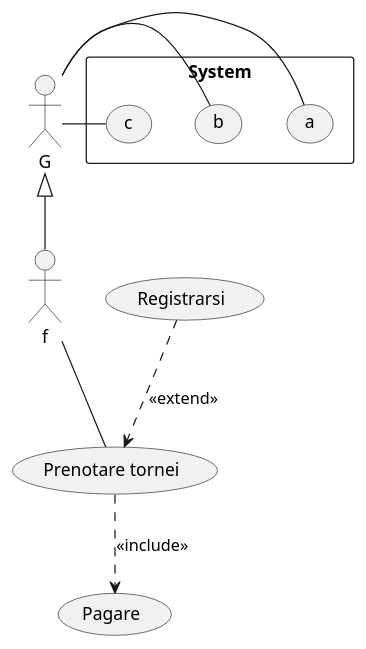
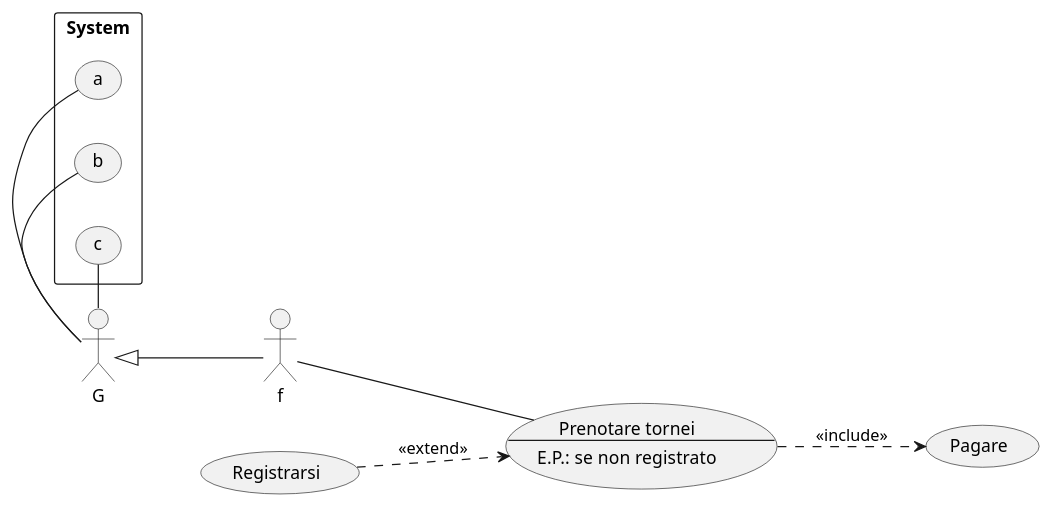
One commit to itsNikk/2526-4BI changed the diagram in uml/src/UCD/testSyntax.puml. Above: the diagram before and after it, drawn with PlantUML.

```diff
--- a/uml/src/UCD/testSyntax.puml
+++ b/uml/src/UCD/testSyntax.puml
@@ -1,34 +1,38 @@
 @startuml
 
+left to right direction
 :G: as g
 :f: as f
 
-(Prenotare tornei)  as p
+''(Prenotare tornei)  as p
+usecase p as "Prenotare tornei
+---
+E.P.: se non registrato"
 (Registrarsi) as reg
 (Pagare) as pay
 
 f -- p
 
 '' extend = facoltativo
 reg ..> p : <<extend>>
 
 '' include = obbligatori
 p ..> pay : <<include>>
 
 rectangle System{
 
 
 (a)
 (b)
 (c)
 
 
 }
 
 
 g - (a)
 g - (b)
 g - (c)
 
 g <|-- f
 @enduml
```
